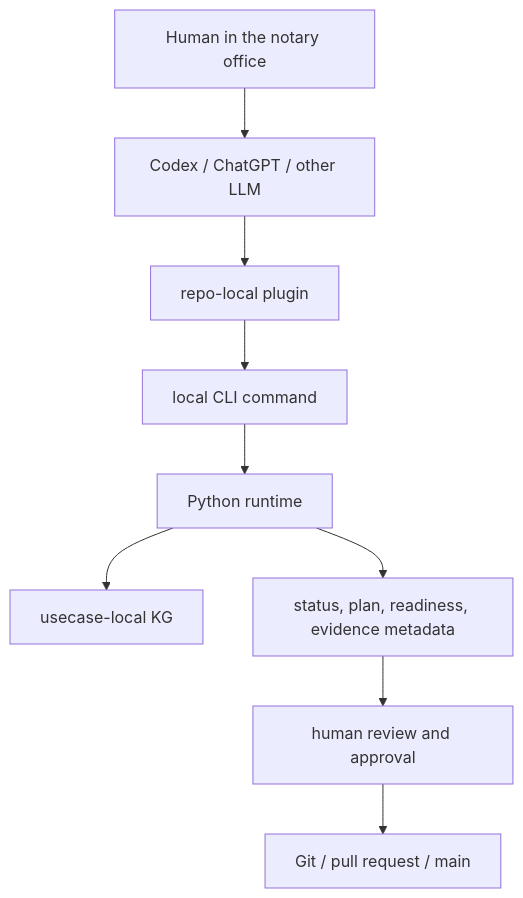
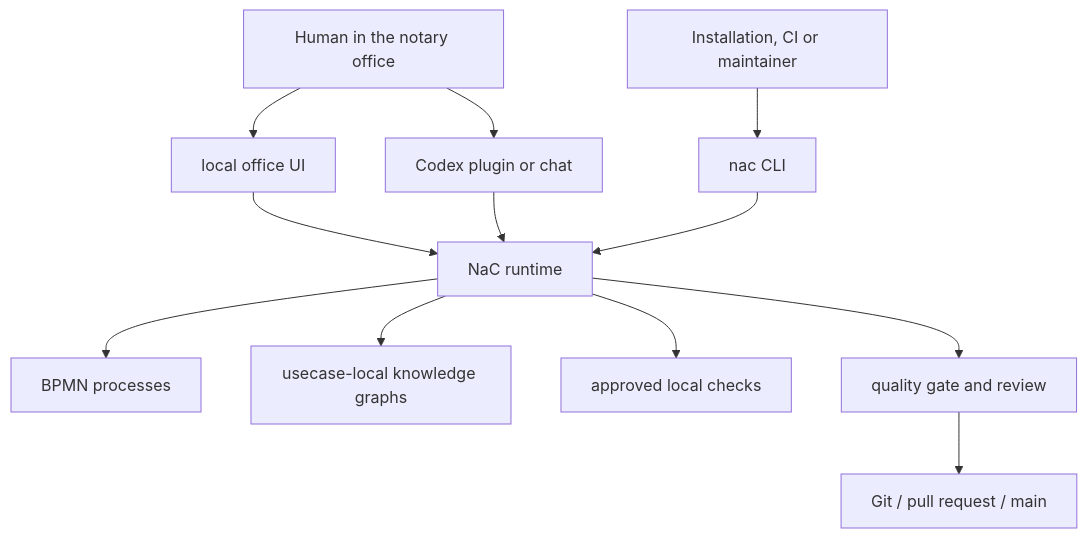
Before and after one commit to notariat8/NaC: the diagram in docs/en/ausfuehrungsmodell.md, drawn with Mermaid. The commit also changed other lines of this file and 15 other files, not shown here.

````diff
--- a/docs/en/ausfuehrungsmodell.md
+++ b/docs/en/ausfuehrungsmodell.md
@@ -25,11 +36,14 @@
 ```mermaid
 flowchart TD
-    Human["Human in the notary office"] --> LLM["Codex / ChatGPT / other LLM"]
-    LLM --> Plugin["repo-local plugin"]
-    Plugin --> CLI["local CLI command"]
-    CLI --> Runtime["Python runtime"]
-    Runtime --> KG["usecase-local KG"]
-    Runtime --> Result["status, plan, readiness, evidence metadata"]
-    Result --> Review["human review and approval"]
-    Review --> Git["Git / pull request / main"]
+    Office["Human in the notary office"] --> UI["local office UI"]
+    Office --> Codex["Codex plugin or chat"]
+    UI --> Runtime["NaC runtime"]
+    Codex --> Runtime
+    Admin["Installation, CI or maintainer"] --> CLI["nac CLI"]
+    CLI --> Runtime
+    Runtime --> BPMN["BPMN processes"]
+    Runtime --> KG["usecase-local knowledge graphs"]
+    Runtime --> Plugins["approved local checks"]
+    Runtime --> Gate["quality gate and review"]
+    Gate --> Git["Git / pull request / main"]
 ```
````
